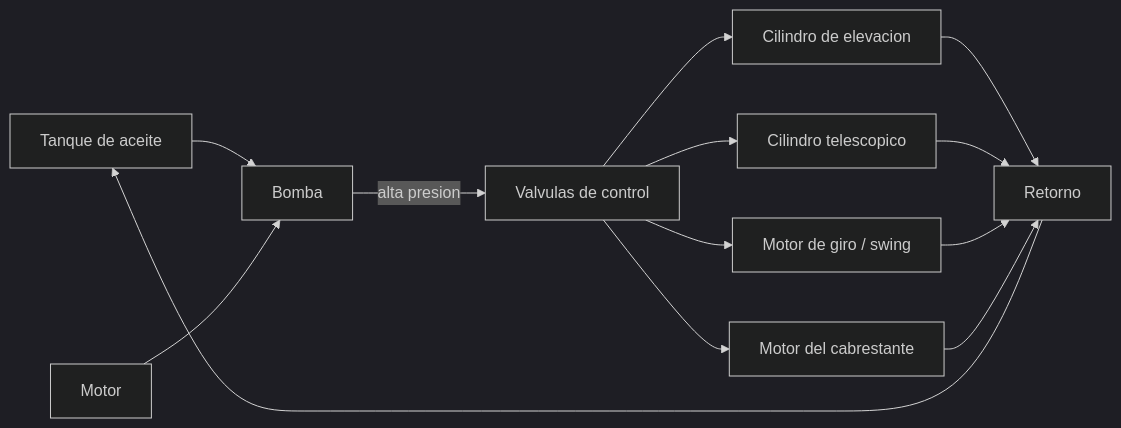
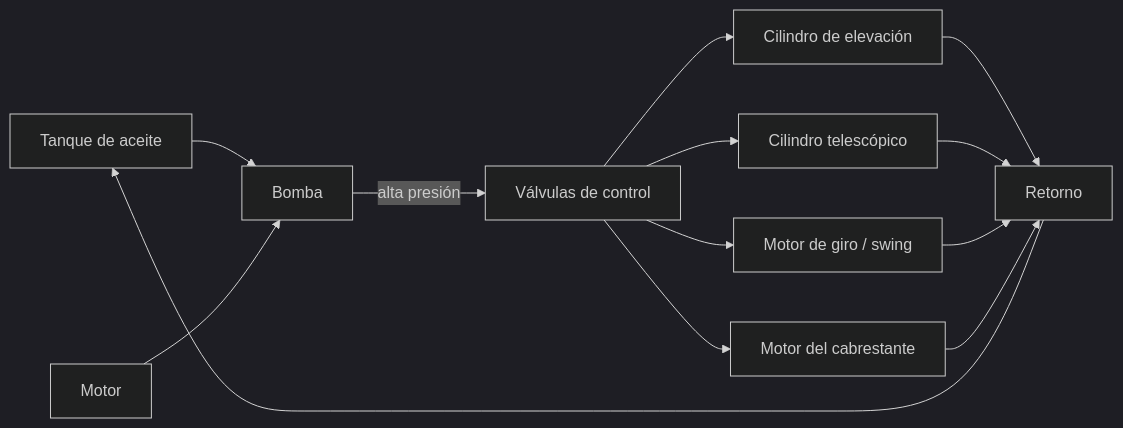
The fourth of 4 diagrams in vehiculos/gruas/operacion/sistemas-mecanicos-grua.md (vladimiracunadev-create/machine-operator-program), drawn with Mermaid (dark theme) before and after one commit. The commit also changed other lines of this file and 442 other files, not shown here.

````diff
--- a/vehiculos/gruas/operacion/sistemas-mecanicos-grua.md
+++ b/vehiculos/gruas/operacion/sistemas-mecanicos-grua.md
@@ -193,15 +193,15 @@
 ```mermaid
 flowchart LR
     Tanque[Tanque de aceite] --> Bomba[Bomba]
     Motor[Motor] --> Bomba
-    Bomba -->|alta presion| Valvulas[Valvulas de control]
-    Valvulas --> CilPluma[Cilindro de elevacion]
-    Valvulas --> CilTel[Cilindro telescopico]
+    Bomba -->|alta presión| Valvulas[Válvulas de control]
+    Valvulas --> CilPluma[Cilindro de elevación]
+    Valvulas --> CilTel[Cilindro telescópico]
     Valvulas --> MotorGiro[Motor de giro / swing]
     Valvulas --> MotorWinch[Motor del cabrestante]
     CilPluma --> Retorno[Retorno]
     CilTel --> Retorno
     MotorGiro --> Retorno
     MotorWinch --> Retorno
     Retorno --> Tanque
 ```
````
